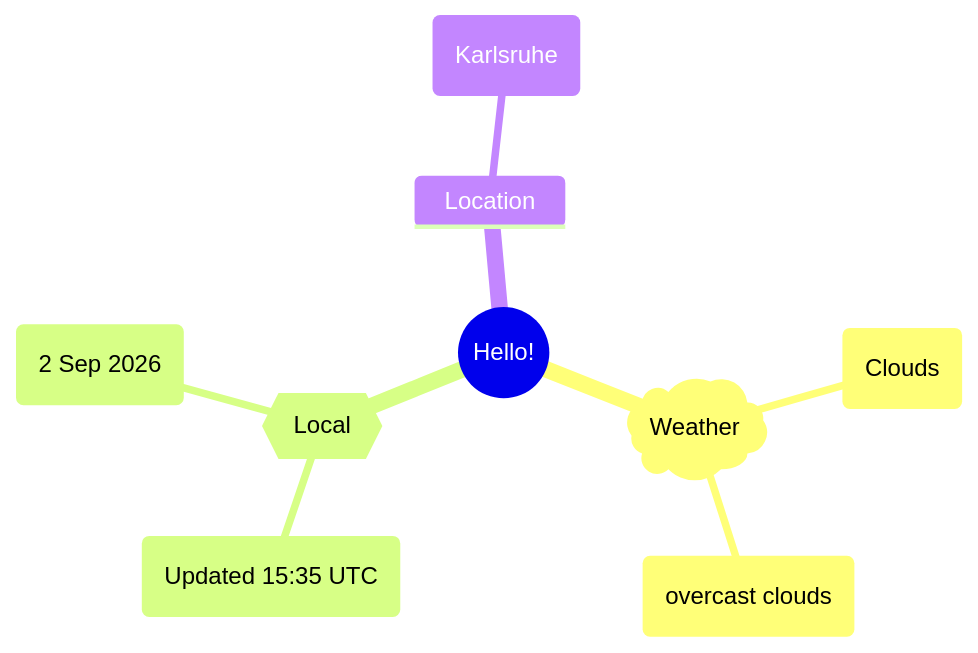
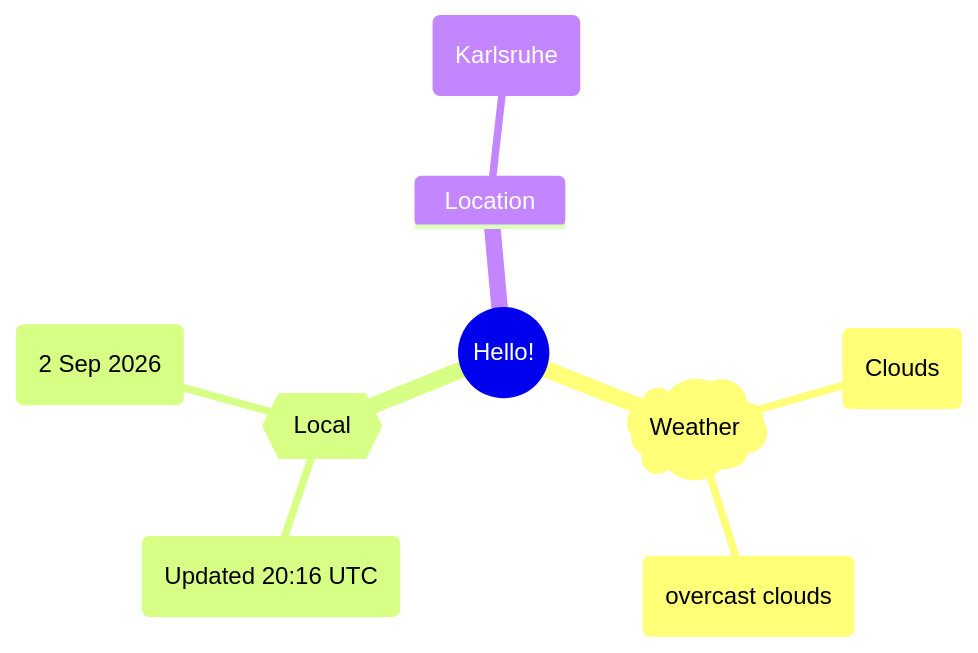
Before and after one commit to Xosrov/Xosrov: the first of 2 diagrams in README.md, drawn with Mermaid.

Commit message:
[bot] updated images

````diff
--- a/README.md
+++ b/README.md
@@ -3,12 +3,12 @@
 ```mermaid
 mindmap
   root((Hello!))
     )Weather(
         (Clouds)
         (overcast clouds)
     {{Local}}
-        (Updated 15:35 UTC)
+        (Updated 20:16 UTC)
         (2 Sep 2026)
     Location
         (Karlsruhe)
 ```
````
